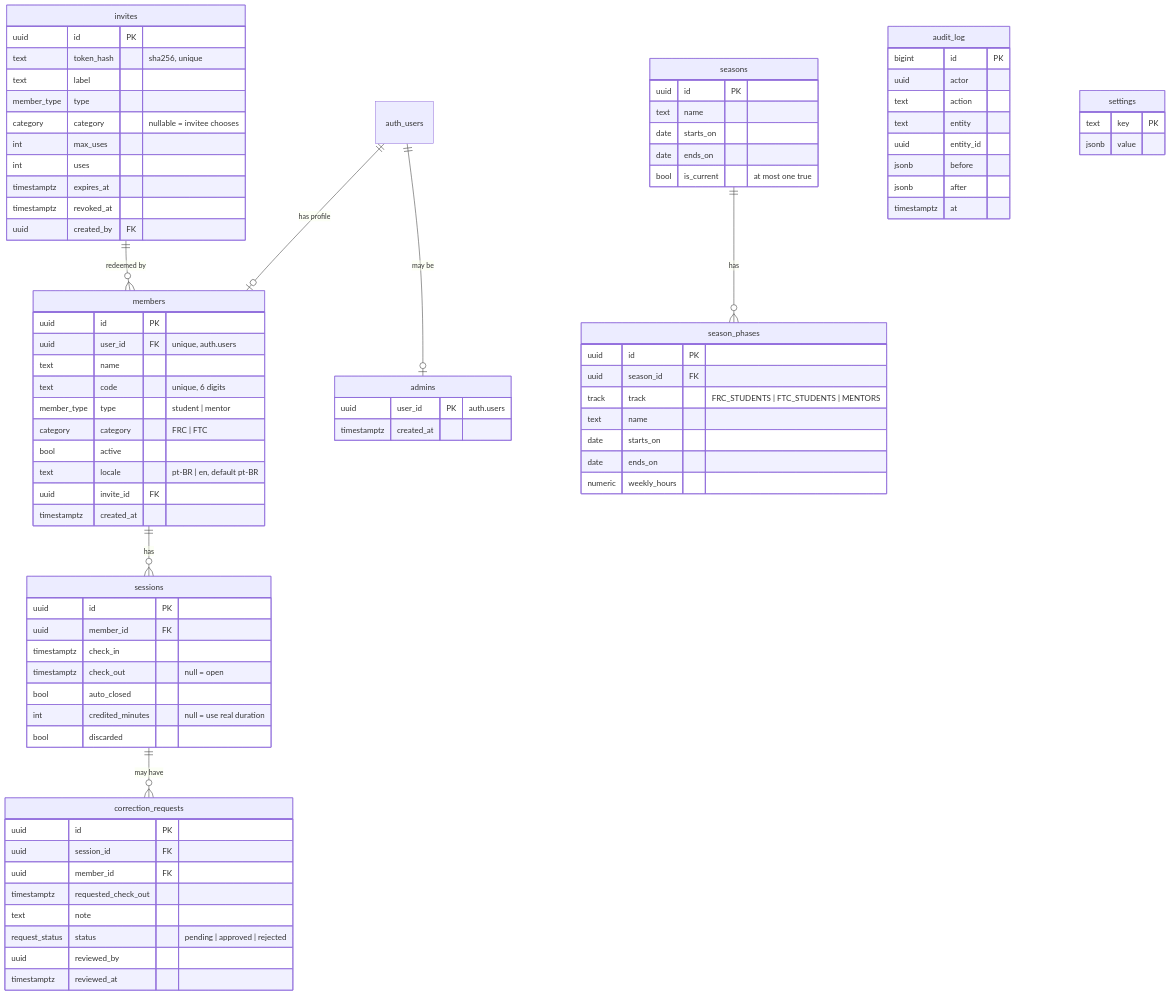
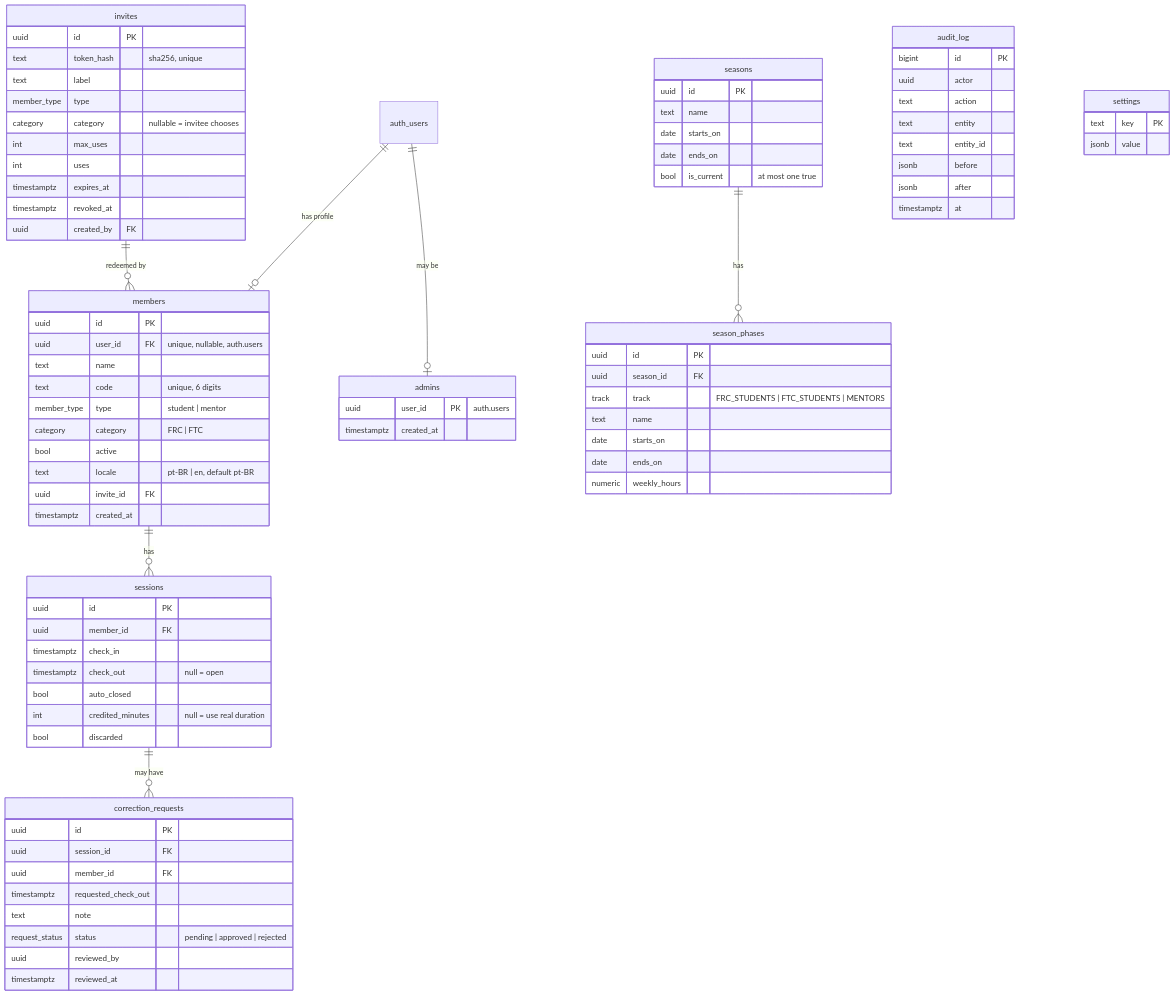
One commit to 1156UnderControl/AttendanceTrackerV2 changed the diagram in docs/architecture/data-model.md. Above: the diagram before and after it, drawn with Mermaid. The commit also changed other lines of this file and 24 other files, not shown here.

First line of the commit message:
feat(db): schema, RLS, attendance math and business functions (milestone 3) (#4)

```diff
--- a/docs/architecture/data-model.md
+++ b/docs/architecture/data-model.md
@@ -24,7 +24,7 @@
 
   members {
     uuid id PK
-    uuid user_id FK "unique, auth.users"
+    uuid user_id FK "unique, nullable, auth.users"
     text name
     text code "unique, 6 digits"
     member_type type "student | mentor"
@@ -90,7 +90,7 @@
     uuid actor
     text action
     text entity
-    uuid entity_id
+    text entity_id
     jsonb before
     jsonb after
     timestamptz at
```
